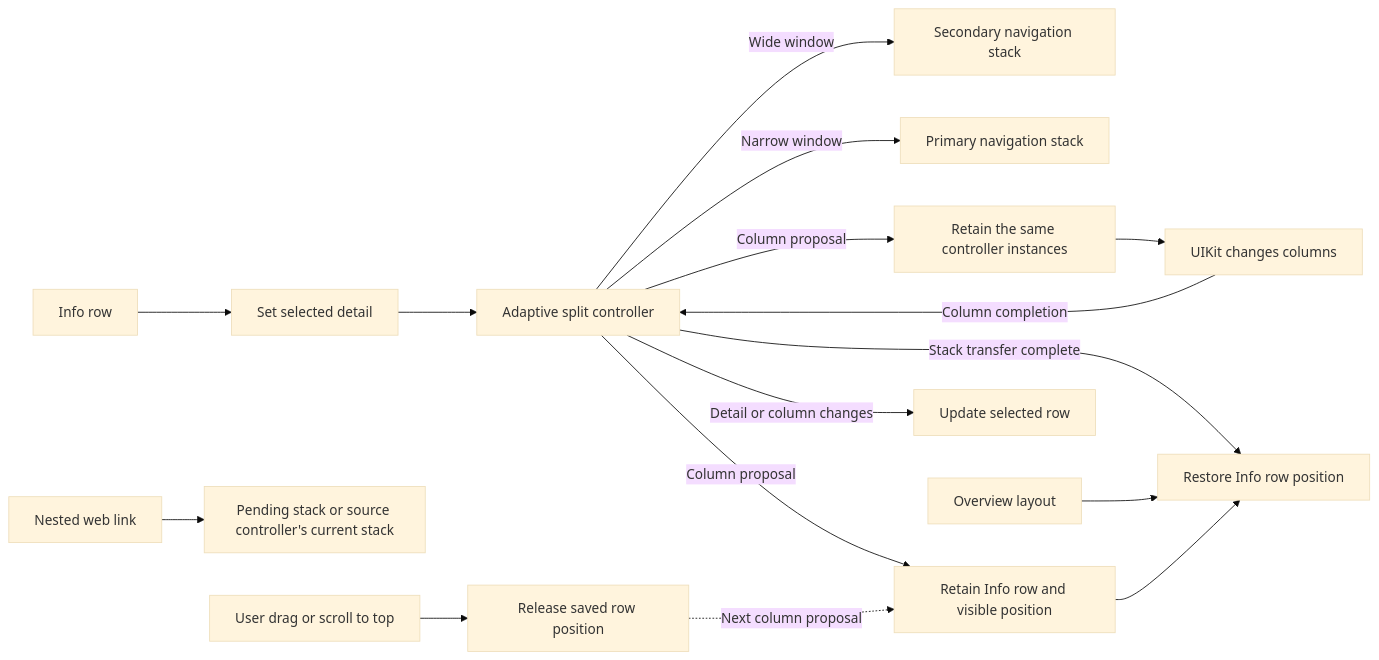
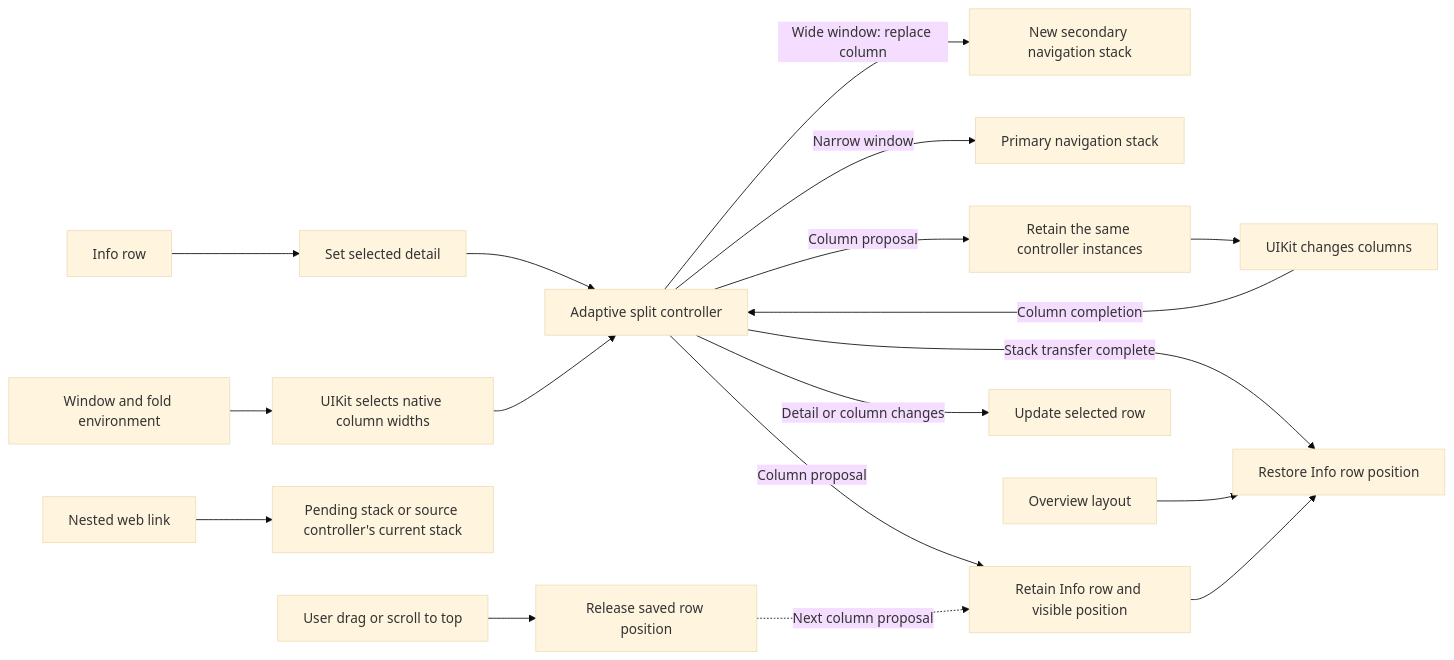
Before and after one commit to LambdaDigamma/moers-ios: the third of 5 diagrams in ios/moers festival/RESIZABILITY.md, drawn with Mermaid (base theme). The commit also changed other lines of this file and 3 other files, not shown here.

First line of the commit message:
fix(festival): restore native split view sizing and navigation

````diff
--- a/ios/moers festival/RESIZABILITY.md
+++ b/ios/moers festival/RESIZABILITY.md
@@ -108,18 +122,20 @@
 ```mermaid
 flowchart LR
     R[Info row] --> S[Set selected detail]
     S --> A[Adaptive split controller]
-    A -->|Wide window| D[Secondary navigation stack]
+    E[Window and fold environment] --> W[UIKit selects native column widths]
+    W --> A
+    A -->|Wide window: replace column| D[New secondary navigation stack]
     A -->|Narrow window| P[Primary navigation stack]
     L[Nested web link] --> N[Pending stack or source controller's current stack]
     A -->|Column proposal| I[Retain the same controller instances]
     A -->|Column proposal| B[Retain Info row and visible position]
     I --> U[UIKit changes columns]
     U -->|Column completion| A
     A -->|Stack transfer complete| V[Restore Info row position]
     J[Overview layout] --> V
     B --> V
     G[User drag or scroll to top] --> C[Release saved row position]
     C -.->|Next column proposal| B
     A -->|Detail or column changes| H[Update selected row]
 ```
````
